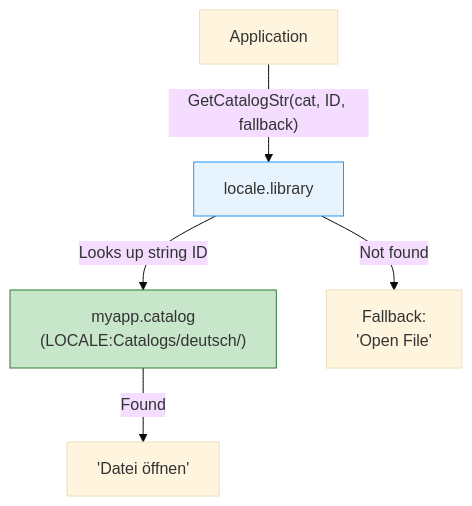
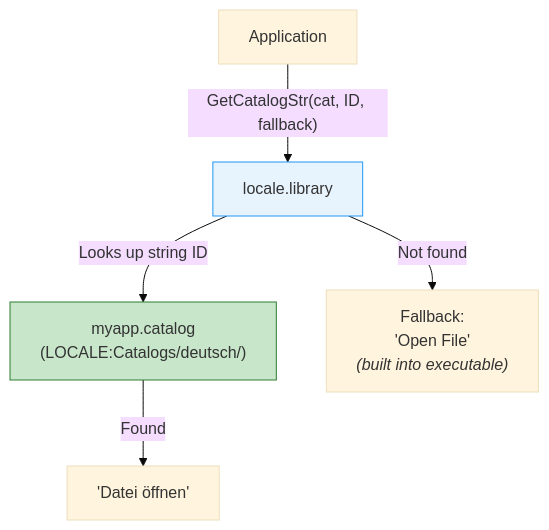
The diagram in 11_libraries/locale.md (alfishe/amiga-bootcamp), drawn with Mermaid (base theme) before and after one commit. The commit also changed other lines of this file and 89 other files, not shown here.

````diff
--- a/11_libraries/locale.md
+++ b/11_libraries/locale.md
@@ -9,10 +9,10 @@
 ```mermaid
 flowchart TD
     APP["Application"] -->|"GetCatalogStr(cat, ID, fallback)"| LOC["locale.library"]
     LOC -->|"Looks up string ID"| CAT["myapp.catalog<br/>(LOCALE:Catalogs/deutsch/)"]
     CAT -->|"Found"| DE["'Datei öffnen'"]
-    LOC -->|"Not found"| FB["Fallback:<br/>'Open File'"]
+    LOC -->|"Not found"| FB["Fallback:<br/>'Open File'<br/><i>(built into executable)</i>"]
 
     style LOC fill:#e8f4fd,stroke:#2196f3,color:#333
     style CAT fill:#c8e6c9,stroke:#2e7d32,color:#333
 ```
````
